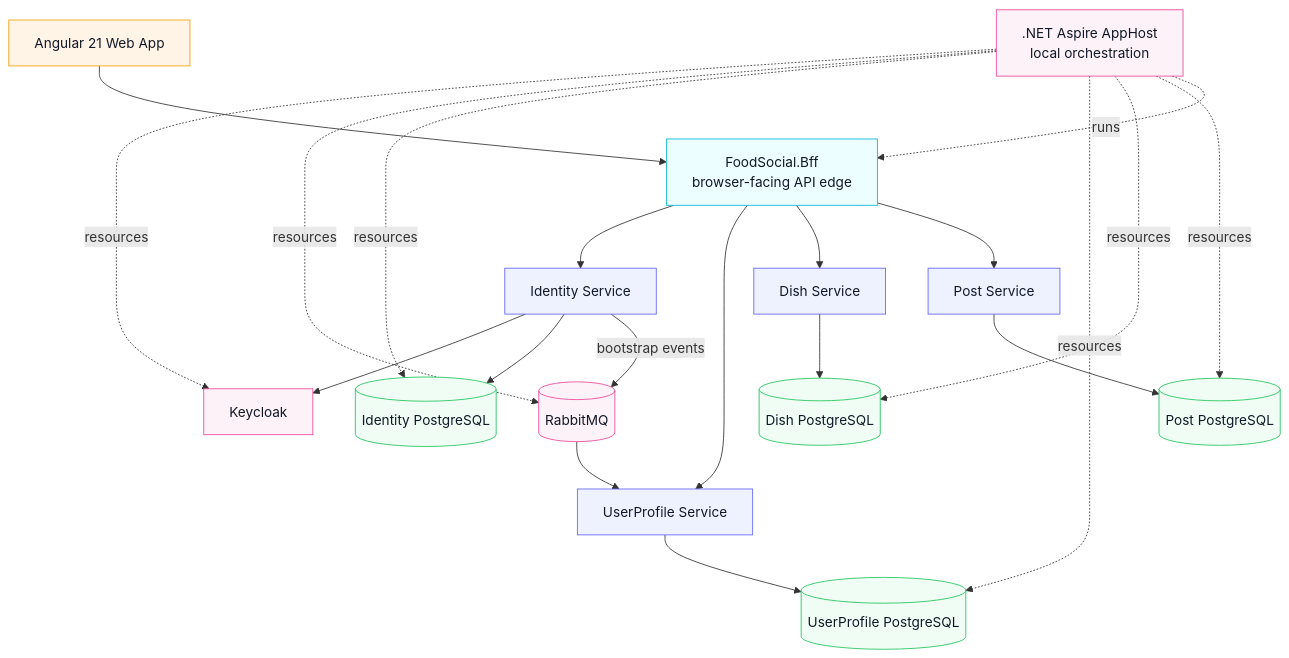
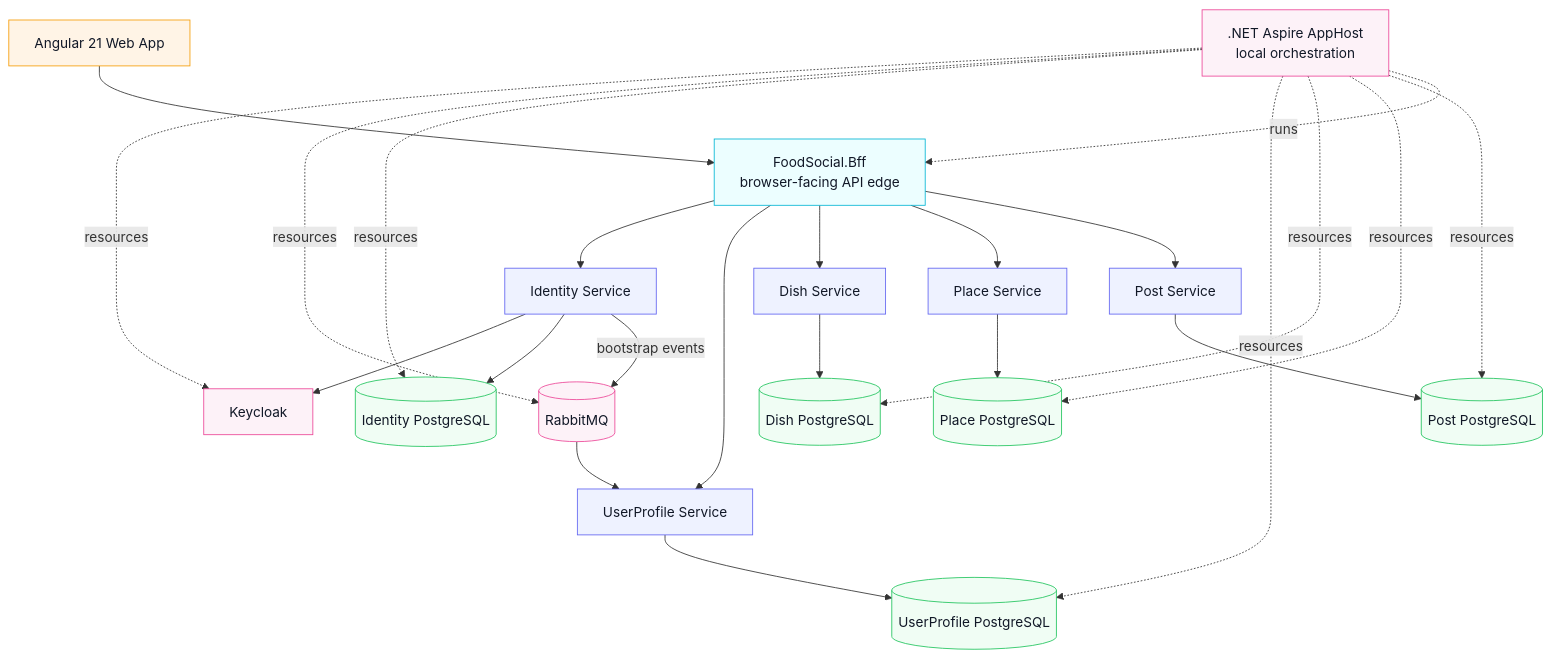
Before and after one commit to NCHzzz/FoodSocial: the diagram in README.md, drawn with Mermaid. The commit also changed other lines of this file and 266 other files, not shown here.

````diff
--- a/README.md
+++ b/README.md
@@ -160,32 +160,35 @@
 ```mermaid
 flowchart TB
     classDef client fill:#fff4e6,stroke:#f59e0b,color:#111827,stroke-width:1px
     classDef edge fill:#ecfeff,stroke:#06b6d4,color:#111827,stroke-width:1px
     classDef service fill:#eef2ff,stroke:#6366f1,color:#111827,stroke-width:1px
     classDef data fill:#f0fdf4,stroke:#22c55e,color:#111827,stroke-width:1px
     classDef platform fill:#fdf2f8,stroke:#ec4899,color:#111827,stroke-width:1px
 
     Web[Angular 21 Web App]:::client --> Bff[FoodSocial.Bff<br/>browser-facing API edge]:::edge
 
     Bff --> Identity[Identity Service]:::service
     Bff --> UserProfile[UserProfile Service]:::service
     Bff --> Dish[Dish Service]:::service
+    Bff --> Place[Place Service]:::service
     Bff --> Post[Post Service]:::service
 
     Identity --> Keycloak[Keycloak]:::platform
     Identity --> IdentityDb[(Identity PostgreSQL)]:::data
     UserProfile --> UserProfileDb[(UserProfile PostgreSQL)]:::data
     Dish --> DishDb[(Dish PostgreSQL)]:::data
+    Place --> PlaceDb[(Place PostgreSQL)]:::data
     Post --> PostDb[(Post PostgreSQL)]:::data
 
     Identity -- bootstrap events --> RabbitMQ[(RabbitMQ)]:::platform
     RabbitMQ --> UserProfile
 
     AppHost[.NET Aspire AppHost<br/>local orchestration]:::platform -. resources .-> Keycloak
     AppHost -. resources .-> RabbitMQ
     AppHost -. resources .-> IdentityDb
     AppHost -. resources .-> UserProfileDb
     AppHost -. resources .-> DishDb
+    AppHost -. resources .-> PlaceDb
     AppHost -. resources .-> PostDb
     AppHost -. runs .-> Bff
 ```
````
